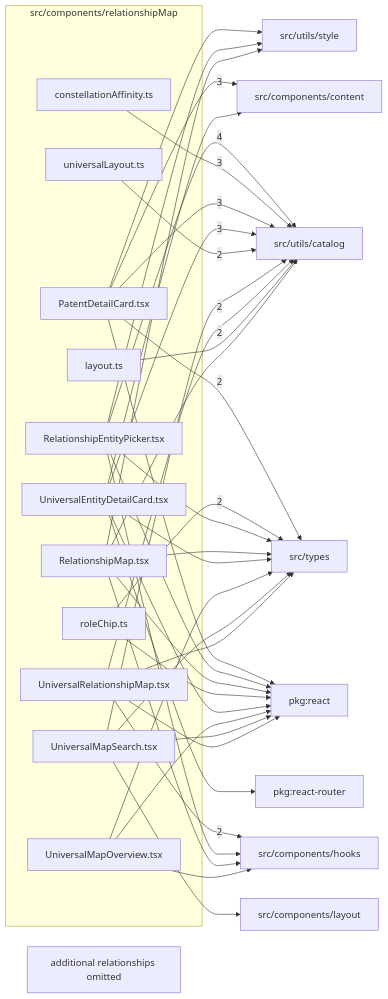
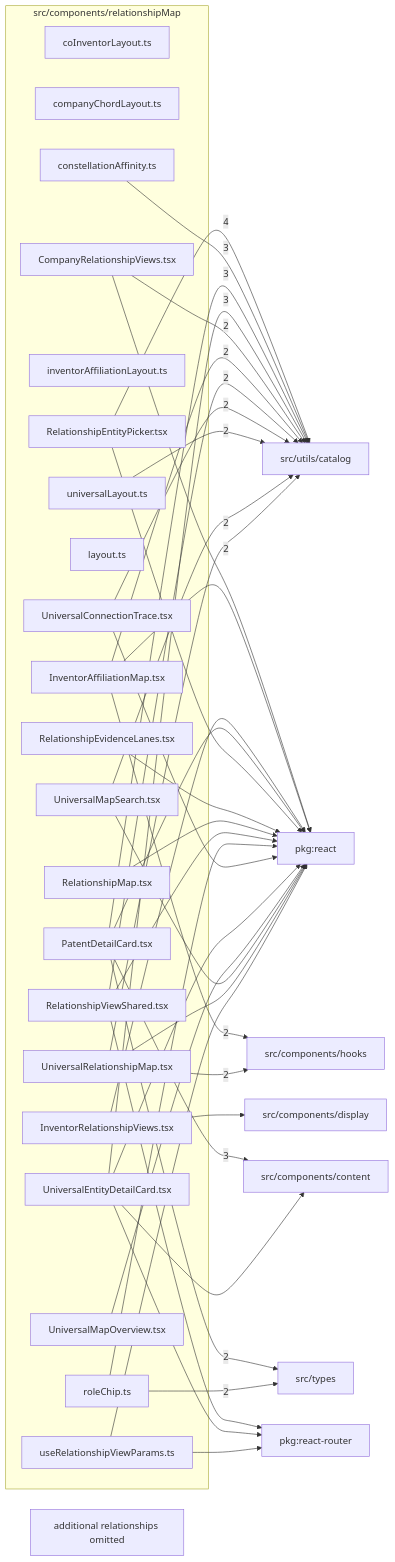
One commit to ronbuening/LensVisualizer changed the diagram in src/components/relationshipMap/readme.md. Above: the diagram before and after it, drawn with Mermaid. The commit also changed other lines of this file and 40 other files, not shown here.

First line of the commit message:
Add relationship views for company comparison and inventor exploration (#919)

````diff
--- a/src/components/relationshipMap/readme.md
+++ b/src/components/relationshipMap/readme.md
@@ -9,61 +9,70 @@
 ```mermaid
 flowchart LR
   subgraph n_src_components_relationshipMap["src/components/relationshipMap"]
+    n_src_components_relationshipMap_src_components_relationshipMap_coInventorLayout_ts["coInventorLayout.ts"]
+    n_src_components_relationshipMap_src_components_relationshipMap_companyChordLayout_ts["companyChordLayout.ts"]
+    n_src_components_relationshipMap_src_components_relationshipMap_CompanyRelationshipViews_tsx["CompanyRelationshipViews.tsx"]
     n_src_components_relationshipMap_src_components_relationshipMap_constellationAffinity_ts["constellationAffinity.ts"]
+    n_src_components_relationshipMap_src_components_relationshipMap_inventorAffiliationLayout_ts["inventorAffiliationLayout.ts"]
+    n_src_components_relationshipMap_src_components_relationshipMap_InventorAffiliationMap_tsx["InventorAffiliationMap.tsx"]
+    n_src_components_relationshipMap_src_components_relationshipMap_InventorRelationshipViews_tsx["InventorRelationshipViews.tsx"]
     n_src_components_relationshipMap_src_components_relationshipMap_layout_ts["layout.ts"]
     n_src_components_relationshipMap_src_components_relationshipMap_PatentDetailCard_tsx["PatentDetailCard.tsx"]
     n_src_components_relationshipMap_src_components_relationshipMap_RelationshipEntityPicker_tsx["RelationshipEntityPicker.tsx"]
+    n_src_components_relationshipMap_src_components_relationshipMap_RelationshipEvidenceLanes_tsx["RelationshipEvidenceLanes.tsx"]
     n_src_components_relationshipMap_src_components_relationshipMap_RelationshipMap_tsx["RelationshipMap.tsx"]
+    n_src_components_relationshipMap_src_components_relationshipMap_RelationshipViewShared_tsx["RelationshipViewShared.tsx"]
     n_src_components_relationshipMap_src_components_relationshipMap_roleChip_ts["roleChip.ts"]
+    n_src_components_relationshipMap_src_components_relationshipMap_UniversalConnectionTrace_tsx["UniversalConnectionTrace.tsx"]
     n_src_components_relationshipMap_src_components_relationshipMap_UniversalEntityDetailCard_tsx["UniversalEntityDetailCard.tsx"]
     n_src_components_relationshipMap_src_components_relationshipMap_universalLayout_ts["universalLayout.ts"]
     n_src_components_relationshipMap_src_components_relationshipMap_UniversalMapOverview_tsx["UniversalMapOverview.tsx"]
     n_src_components_relationshipMap_src_components_relationshipMap_UniversalMapSearch_tsx["UniversalMapSearch.tsx"]
     n_src_components_relationshipMap_src_components_relationshipMap_UniversalRelationshipMap_tsx["UniversalRelationshipMap.tsx"]
+    n_src_components_relationshipMap_src_components_relationshipMap_useRelationshipViewParams_ts["useRelationshipViewParams.ts"]
   end
   n_external_src_utils_catalog["src/utils/catalog"]
   n_external_src_components_content["src/components/content"]
   n_external_src_components_hooks["src/components/hooks"]
   n_external_src_types["src/types"]
   n_external_pkg_react["pkg:react"]
   n_external_pkg_react_router["pkg:react-router"]
-  n_external_src_components_layout["src/components/layout"]
-  n_external_src_utils_style["src/utils/style"]
+  n_external_src_components_display["src/components/display"]
   n_src_components_relationshipMap_src_components_relationshipMap_RelationshipEntityPicker_tsx --> |4| n_external_src_utils_catalog
   n_src_components_relationshipMap_src_components_relationshipMap_PatentDetailCard_tsx --> |3| n_external_src_components_content
   n_src_components_relationshipMap_src_components_relationshipMap_constellationAffinity_ts --> |3| n_external_src_utils_catalog
   n_src_components_relationshipMap_src_components_relationshipMap_PatentDetailCard_tsx --> |3| n_external_src_utils_catalog
   n_src_components_relationshipMap_src_components_relationshipMap_UniversalEntityDetailCard_tsx --> |3| n_external_src_utils_catalog
+  n_src_components_relationshipMap_src_components_relationshipMap_InventorAffiliationMap_tsx --> |2| n_external_src_components_hooks
   n_src_components_relationshipMap_src_components_relationshipMap_UniversalRelationshipMap_tsx --> |2| n_external_src_components_hooks
   n_src_components_relationshipMap_src_components_relationshipMap_PatentDetailCard_tsx --> |2| n_external_src_types
   n_src_components_relationshipMap_src_components_relationshipMap_roleChip_ts --> |2| n_external_src_types
+  n_src_components_relationshipMap_src_components_relationshipMap_CompanyRelationshipViews_tsx --> |2| n_external_src_utils_catalog
+  n_src_components_relationshipMap_src_components_relationshipMap_InventorAffiliationMap_tsx --> |2| n_external_src_utils_catalog
+  n_src_components_relationshipMap_src_components_relationshipMap_RelationshipViewShared_tsx --> |2| n_external_src_utils_catalog
+  n_src_components_relationshipMap_src_components_relationshipMap_UniversalConnectionTrace_tsx --> |2| n_external_src_utils_catalog
   n_src_components_relationshipMap_src_components_relationshipMap_universalLayout_ts --> |2| n_external_src_utils_catalog
   n_src_components_relationshipMap_src_components_relationshipMap_UniversalMapSearch_tsx --> |2| n_external_src_utils_catalog
   n_src_components_relationshipMap_src_components_relationshipMap_UniversalRelationshipMap_tsx --> |2| n_external_src_utils_catalog
+  n_src_components_relationshipMap_src_components_relationshipMap_CompanyRelationshipViews_tsx --> n_external_pkg_react
+  n_src_components_relationshipMap_src_components_relationshipMap_InventorAffiliationMap_tsx --> n_external_pkg_react
+  n_src_components_relationshipMap_src_components_relationshipMap_InventorRelationshipViews_tsx --> n_external_pkg_react
   n_src_components_relationshipMap_src_components_relationshipMap_PatentDetailCard_tsx --> n_external_pkg_react
   n_src_components_relationshipMap_src_components_relationshipMap_RelationshipEntityPicker_tsx --> n_external_pkg_react
+  n_src_components_relationshipMap_src_components_relationshipMap_RelationshipEvidenceLanes_tsx --> n_external_pkg_react
   n_src_components_relationshipMap_src_components_relationshipMap_RelationshipMap_tsx --> n_external_pkg_react
+  n_src_components_relationshipMap_src_components_relationshipMap_RelationshipViewShared_tsx --> n_external_pkg_react
   n_src_components_relationshipMap_src_components_relationshipMap_roleChip_ts --> n_external_pkg_react
+  n_src_components_relationshipMap_src_components_relationshipMap_UniversalConnectionTrace_tsx --> n_external_pkg_react
   n_src_components_relationshipMap_src_components_relationshipMap_UniversalEntityDetailCard_tsx --> n_external_pkg_react
   n_src_components_relationshipMap_src_components_relationshipMap_UniversalMapOverview_tsx --> n_external_pkg_react
   n_src_components_relationshipMap_src_components_relationshipMap_UniversalMapSearch_tsx --> n_external_pkg_react
   n_src_components_relationshipMap_src_components_relationshipMap_UniversalRelationshipMap_tsx --> n_external_pkg_react
+  n_src_components_relationshipMap_src_components_relationshipMap_useRelationshipViewParams_ts --> n_external_pkg_react
+  n_src_components_relationshipMap_src_components_relationshipMap_RelationshipViewShared_tsx --> n_external_pkg_react_router
   n_src_components_relationshipMap_src_components_relationshipMap_UniversalEntityDetailCard_tsx --> n_external_pkg_react_router
+  n_src_components_relationshipMap_src_components_relationshipMap_useRelationshipViewParams_ts --> n_external_pkg_react_router
   n_src_components_relationshipMap_src_components_relationshipMap_UniversalEntityDetailCard_tsx --> n_external_src_components_content
-  n_src_components_relationshipMap_src_components_relationshipMap_RelationshipEntityPicker_tsx --> n_external_src_components_hooks
-  n_src_components_relationshipMap_src_components_relationshipMap_RelationshipMap_tsx --> n_external_src_components_hooks
-  n_src_components_relationshipMap_src_components_relationshipMap_UniversalMapOverview_tsx --> n_external_src_components_hooks
-  n_src_components_relationshipMap_src_components_relationshipMap_UniversalMapSearch_tsx --> n_external_src_components_layout
-  n_src_components_relationshipMap_src_components_relationshipMap_RelationshipEntityPicker_tsx --> n_external_src_types
-  n_src_components_relationshipMap_src_components_relationshipMap_RelationshipMap_tsx --> n_external_src_types
-  n_src_components_relationshipMap_src_components_relationshipMap_UniversalEntityDetailCard_tsx --> n_external_src_types
-  n_src_components_relationshipMap_src_components_relationshipMap_UniversalMapOverview_tsx --> n_external_src_types
-  n_src_components_relationshipMap_src_components_relationshipMap_UniversalMapSearch_tsx --> n_external_src_types
-  n_src_components_relationshipMap_src_components_relationshipMap_UniversalRelationshipMap_tsx --> n_external_src_types
-  n_src_components_relationshipMap_src_components_relationshipMap_layout_ts --> n_external_src_utils_catalog
-  n_src_components_relationshipMap_src_components_relationshipMap_RelationshipMap_tsx --> n_external_src_utils_catalog
-  n_src_components_relationshipMap_src_components_relationshipMap_PatentDetailCard_tsx --> n_external_src_utils_style
-  n_src_components_relationshipMap_src_components_relationshipMap_RelationshipEntityPicker_tsx --> n_external_src_utils_style
-  n_src_components_relationshipMap_src_components_relationshipMap_RelationshipMap_tsx --> n_external_src_utils_style
+  n_src_components_relationshipMap_src_components_relationshipMap_InventorRelationshipViews_tsx --> n_external_src_components_display
   n_src_components_relationshipMap_truncated["additional relationships omitted"]
 ```
````
